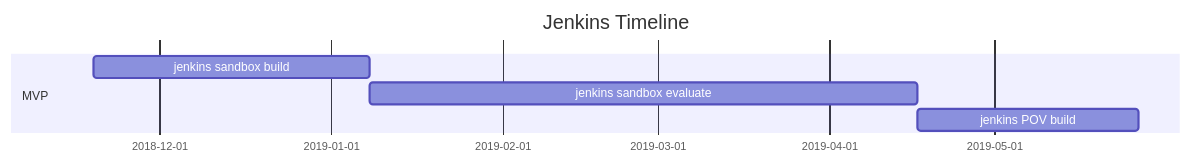
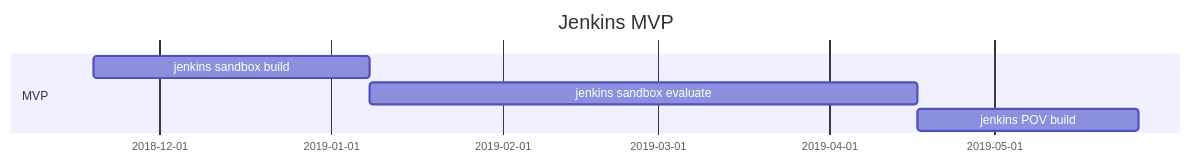
The third of 5 diagrams in README.md (MoTTTT/whatWeThink), drawn with Mermaid before and after one commit. The commit also changed other lines of this file, not shown here.

````diff
--- a/README.md
+++ b/README.md
@@ -32,10 +32,10 @@
 ```mermaid
 gantt
-    title Jenkins Timeline
+    title Jenkins MVP
     dateFormat  YYYY-MM-DD
     section MVP
         jenkins sandbox build : m1, 2018-11-19, 2019-01-08
         jenkins sandbox evaluate:  m2, 2019-01-08, 2019-04-17
         jenkins POV build: m3,  2019-04-17, 2019-05-27
 
 ```
````
